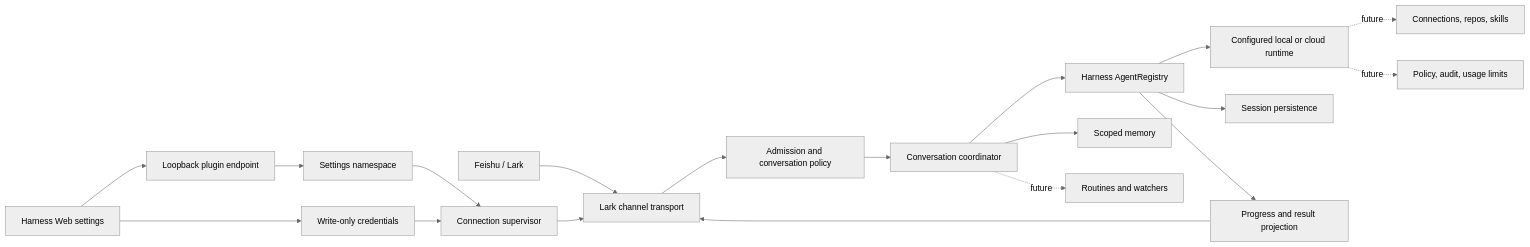
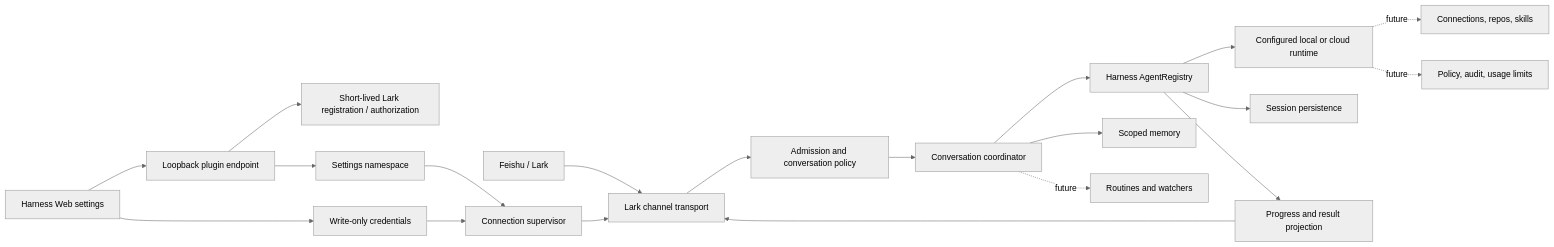
The diagram in docs/claude-tag-parity.md (KehaoC/deepseek-tag), drawn with Mermaid (neutral theme) before and after one commit. The commit also changed other lines of this file and 10 other files, not shown here.

````diff
--- a/docs/claude-tag-parity.md
+++ b/docs/claude-tag-parity.md
@@ -13,23 +13,24 @@
 ```mermaid
 flowchart LR
   L["Feishu / Lark"] --> T["Lark channel transport"]
   T --> P["Admission and conversation policy"]
   P --> C["Conversation coordinator"]
   C --> A["Harness AgentRegistry"]
   A --> R["Configured local or cloud runtime"]
   A --> S["Session persistence"]
   A --> O["Progress and result projection"]
   O --> T
 
   UI["Harness Web settings"] --> API["Loopback plugin endpoint"]
+  API --> PAIR["Short-lived Lark registration / authorization"]
   API --> CFG["Settings namespace"]
   UI --> SEC["Write-only credentials"]
   CFG --> SUP["Connection supervisor"]
   SEC --> SUP
   SUP --> T
 
   C --> MEM["Scoped memory"]
   C -. future .-> JOB["Routines and watchers"]
   R -. future .-> CONN["Connections, repos, skills"]
   R -. future .-> GOV["Policy, audit, usage limits"]
 ```
````
